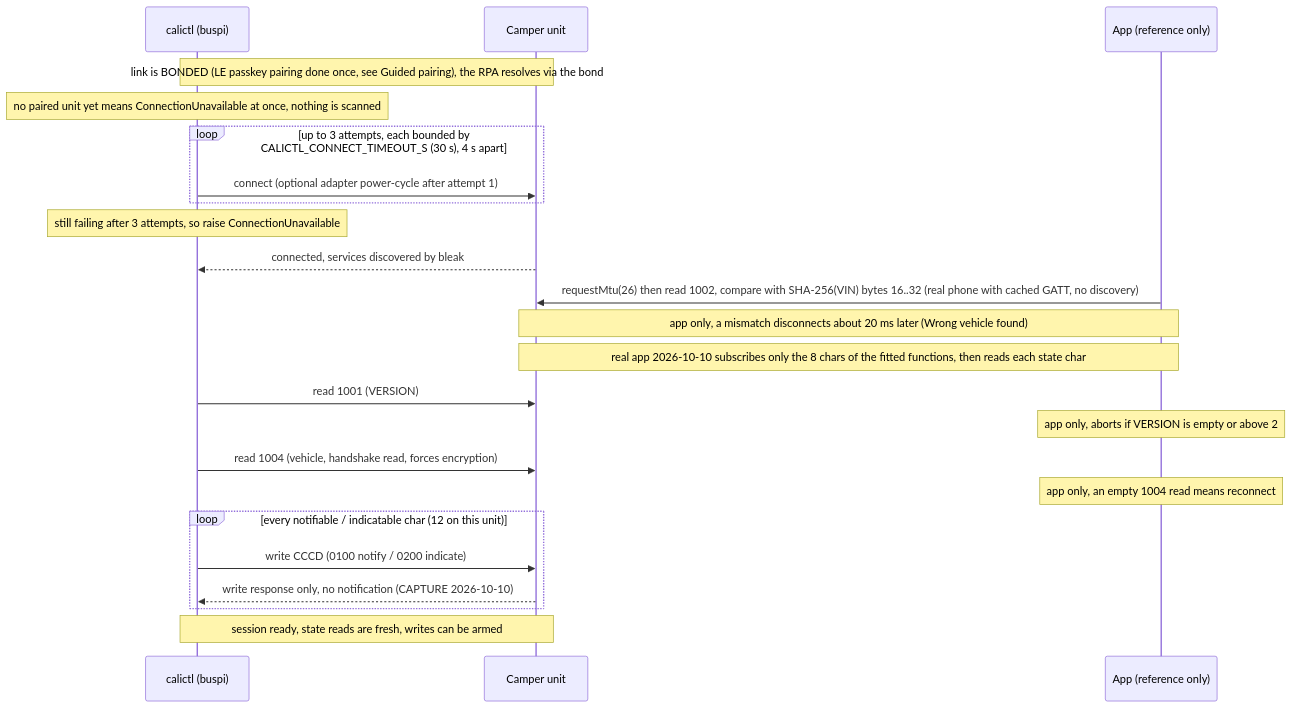
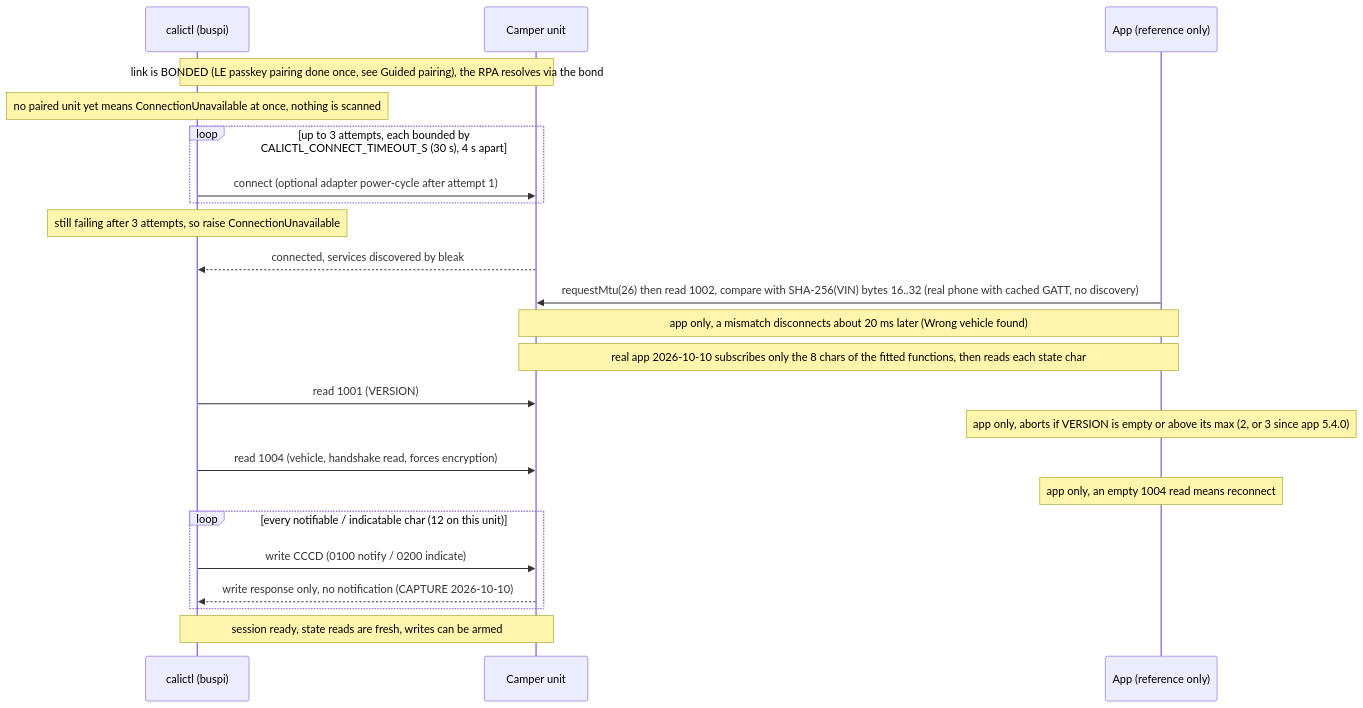
One commit to ckeller42/open-california changed the first of 17 diagrams in docs/protocol-sequences.rst. Above: the diagram before and after it, drawn with Mermaid. The commit also changed other lines of this file and 20 other files, not shown here.

```diff
--- a/docs/protocol-sequences.rst
+++ b/docs/protocol-sequences.rst
@@ -192,25 +200,25 @@
 .. mermaid::
 
     sequenceDiagram
         participant C as calictl (buspi)
         participant U as Camper unit
         participant A as App (reference only)
         Note over C,U: link is BONDED (LE passkey pairing done once, see Guided pairing), the RPA resolves via the bond
         Note over C: no paired unit yet means ConnectionUnavailable at once, nothing is scanned
         loop up to 3 attempts, each bounded by CALICTL_CONNECT_TIMEOUT_S (30 s), 4 s apart
             C->>U: connect (optional adapter power-cycle after attempt 1)
         end
         Note over C: still failing after 3 attempts, so raise ConnectionUnavailable
         U-->>C: connected, services discovered by bleak
         A->>U: requestMtu(26) then read 1002, compare with SHA-256(VIN) bytes 16..32 (real phone with cached GATT, no discovery)
         Note over A,U: app only, a mismatch disconnects about 20 ms later (Wrong vehicle found)
         Note over A,U: real app 2026-10-10 subscribes only the 8 chars of the fitted functions, then reads each state char
         C->>U: read 1001 (VERSION)
-        Note over A: app only, aborts if VERSION is empty or above 2
+        Note over A: app only, aborts if VERSION is empty or above its max (2, or 3 since app 5.4.0)
         C->>U: read 1004 (vehicle, handshake read, forces encryption)
         Note over A: app only, an empty 1004 read means reconnect
         loop every notifiable / indicatable char (12 on this unit)
             C->>U: write CCCD (0100 notify / 0200 indicate)
             U-->>C: write response only, no notification (CAPTURE 2026-10-10)
         end
         Note over C,U: session ready, state reads are fresh, writes can be armed
```
